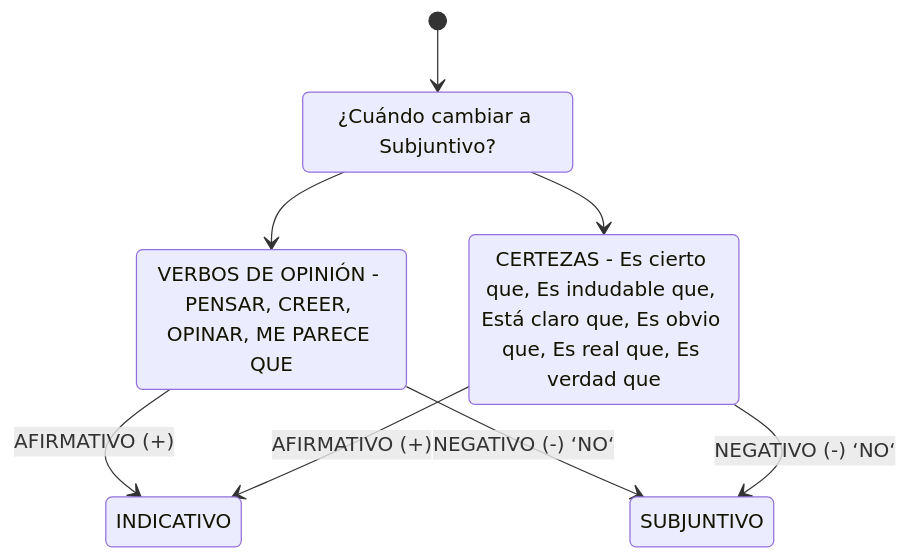
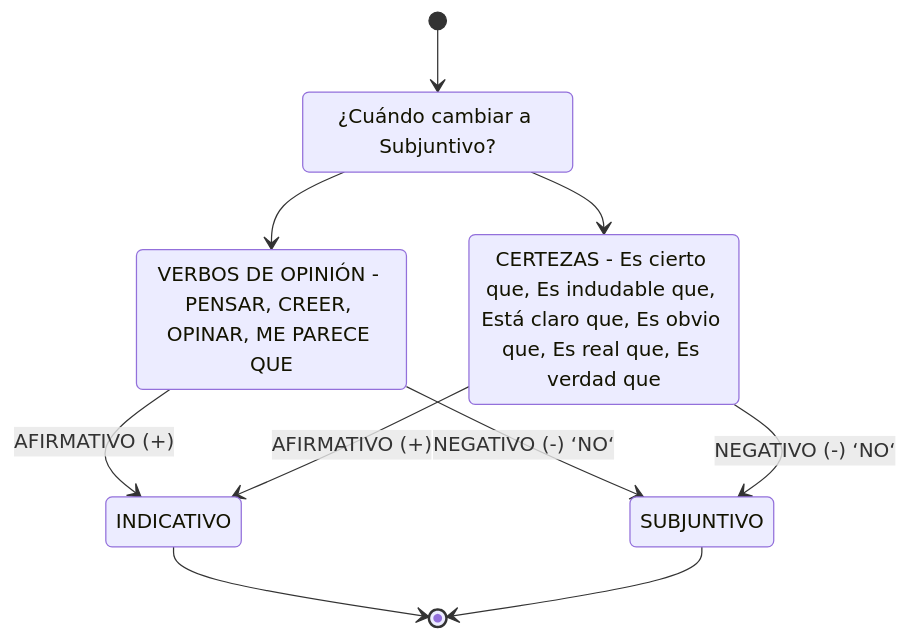
The third of 3 diagrams in test.md (bibenga/docker-django-play), drawn with Mermaid before and after one commit.

````diff
--- a/test.md
+++ b/test.md
@@ -84,17 +84,20 @@
 ```mermaid
 stateDiagram-v2
     Cuándo: ¿Cuándo cambiar a Subjuntivo?
     OPINIÓN: VERBOS DE OPINIÓN - PENSAR, CREER, OPINAR, ME PARECE QUE
     CERTEZAS: CERTEZAS - Es cierto que, Es indudable que, Está claro que, Es obvio que, Es real que, Es verdad que
 
     [*] --> Cuándo
     Cuándo --> OPINIÓN
     OPINIÓN --> INDICATIVO: AFIRMATIVO (+)
     OPINIÓN --> SUBJUNTIVO: NEGATIVO (-) ‘NO‘
 
     Cuándo --> CERTEZAS
     CERTEZAS --> INDICATIVO: AFIRMATIVO (+)
     CERTEZAS --> SUBJUNTIVO: NEGATIVO (-) ‘NO‘
+    
+    INDICATIVO --> [*]
+    SUBJUNTIVO --> [*]
 
 
 ```
````
